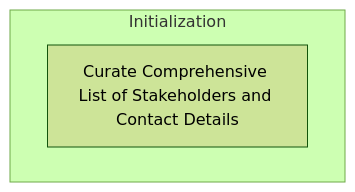
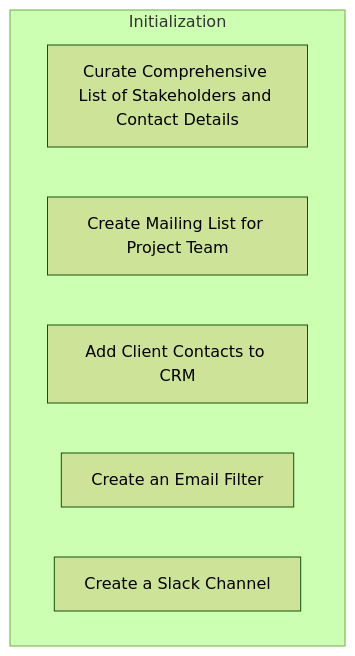
One commit to noclocks/NoClocksVault changed the diagram in 03-AREAS/Checklists/Checklist - Project Inception.md. Above: the diagram before and after it, drawn with Mermaid (forest theme). The commit also changed other lines of this file, not shown here.

Commit message:
[auto]: vault backup - 1 files changed | 2024-04-08 11:18:04 | DESKTOP-MSI
Affected files:
03-AREAS/Checklists/Checklist - Project Inception.md

````diff
--- a/03-AREAS/Checklists/Checklist - Project Inception.md
+++ b/03-AREAS/Checklists/Checklist - Project Inception.md
@@ -46,8 +46,11 @@
 ```mermaid
 graph TB
   subgraph init["Initialization"]
     stakeholders["Curate Comprehensive List of Stakeholders and Contact Details"]
-    
+    mailinglist["Create Mailing List for Project Team"]
+    contacts["Add Client Contacts to CRM"]
+    emailfilter["Create an Email Filter"]
+    slackchannel["Create a Slack Channel"]    
   end
   
 ```
````
